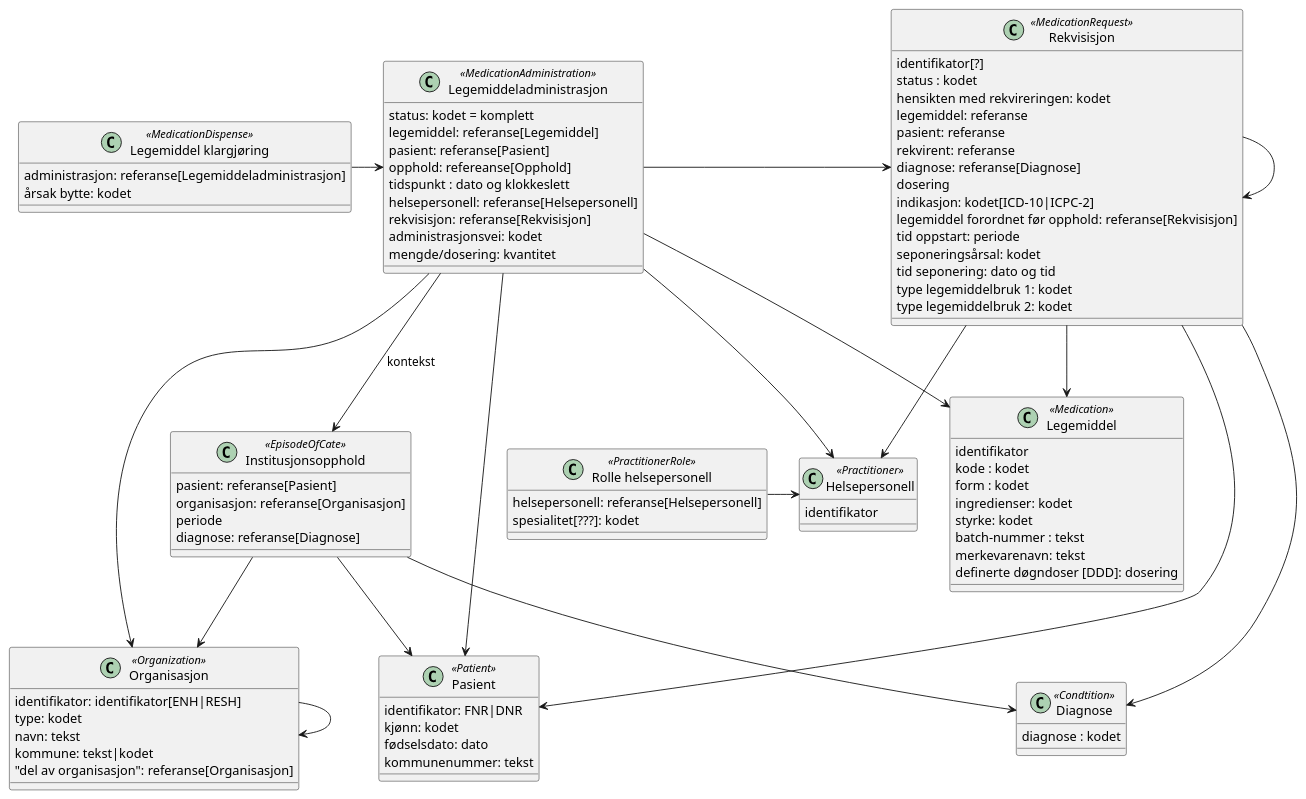
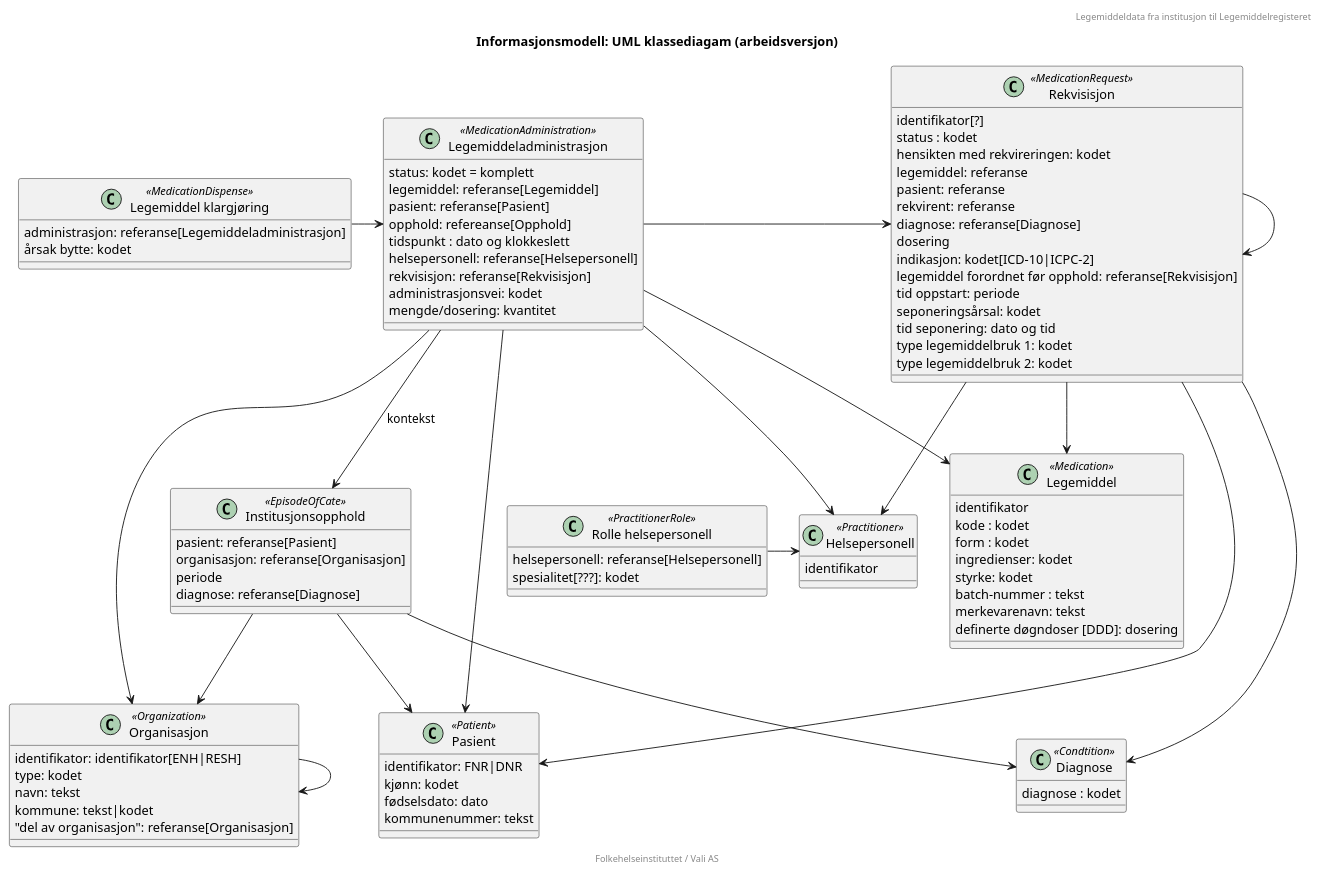
Before and after one commit to HL7Norway/LMDI: the diagram in modeller/informasjonsmodell-test.plantuml, drawn with PlantUML. The commit also changed 1 other file, not shown here.

```diff
--- a/modeller/informasjonsmodell-test.plantuml
+++ b/modeller/informasjonsmodell-test.plantuml
@@ -1,106 +1,110 @@
 @startuml
+
+header "Legemiddeldata fra institusjon til Legemiddelregisteret"
+title "Informasjonsmodell: UML klassediagam (arbeidsversjon)"
+footer "Folkehelseinstituttet / Vali AS"
 
 class Pasient <<Patient>> {
    identifikator: FNR|DNR
    kjønn: kodet
    fødselsdato: dato
    kommunenummer: tekst 
 }
 class Legemiddeladministrasjon <<MedicationAdministration>> {
    status: kodet = komplett
    legemiddel: referanse[Legemiddel]
    pasient: referanse[Pasient]
    opphold: refereanse[Opphold]
    tidspunkt : dato og klokkeslett
    helsepersonell: referanse[Helsepersonell]
    rekvisisjon: referanse[Rekvisisjon]
    administrasjonsvei: kodet
    mengde/dosering: kvantitet
 }
 
 Legemiddeladministrasjon -> Legemiddel 
 Legemiddeladministrasjon --> Pasient
 Legemiddeladministrasjon --> Helsepersonell
 Legemiddeladministrasjon --> Organisasjon
 Legemiddeladministrasjon -> Rekvisisjon
 Legemiddeladministrasjon --> Institusjonsopphold : kontekst
 
 class Legemiddel <<Medication>> {
    identifikator
    kode : kodet
    form : kodet
    ingredienser: kodet
    styrke: kodet
    batch-nummer : tekst
    merkevarenavn: tekst
    definerte døgndoser [DDD]: dosering
 }
 
 class Helsepersonell <<Practitioner>> {
    identifikator
 }
 class Organisasjon <<Organization>> {
    identifikator: identifikator[ENH|RESH]
    type: kodet
    navn: tekst
    kommune: tekst|kodet
    "del av organisasjon": referanse[Organisasjon]
 }
 
 Organisasjon --> Organisasjon
 
 class Institusjonsopphold <<EpisodeOfCate>> {
     pasient: referanse[Pasient]
     organisasjon: referanse[Organisasjon]
     periode
     diagnose: referanse[Diagnose]
 }
 
 Institusjonsopphold --> Pasient
 Institusjonsopphold --> Organisasjon
 Institusjonsopphold --> Diagnose
 
 class Diagnose <<Condtition>> {
    diagnose : kodet
 }
 
 class Rekvisisjon <<MedicationRequest>> {
     identifikator[?]
     status : kodet
     hensikten med rekvireringen: kodet
     legemiddel: referanse
     pasient: referanse
     rekvirent: referanse
     diagnose: referanse[Diagnose]
     dosering
     indikasjon: kodet[ICD-10|ICPC-2]
     legemiddel forordnet før opphold: referanse[Rekvisisjon]
     tid oppstart: periode
     seponeringsårsal: kodet
     tid seponering: dato og tid
     type legemiddelbruk 1: kodet
     type legemiddelbruk 2: kodet
 }
 
 Rekvisisjon --> Diagnose
 Rekvisisjon --> Legemiddel
 Rekvisisjon --> Pasient
 Rekvisisjon --> Helsepersonell
 Rekvisisjon -> Rekvisisjon
 
 class "Legemiddel klargjøring" <<MedicationDispense>> {
     administrasjon: referanse[Legemiddeladministrasjon]
     årsak bytte: kodet
 } 
 
 "Legemiddel klargjøring" -> Legemiddeladministrasjon
 
 class "Rolle helsepersonell" <<PractitionerRole>> {
     helsepersonell: referanse[Helsepersonell]
     spesialitet[???]: kodet
 }
 
 "Rolle helsepersonell" -> Helsepersonell
 
 
 @enduml
```
